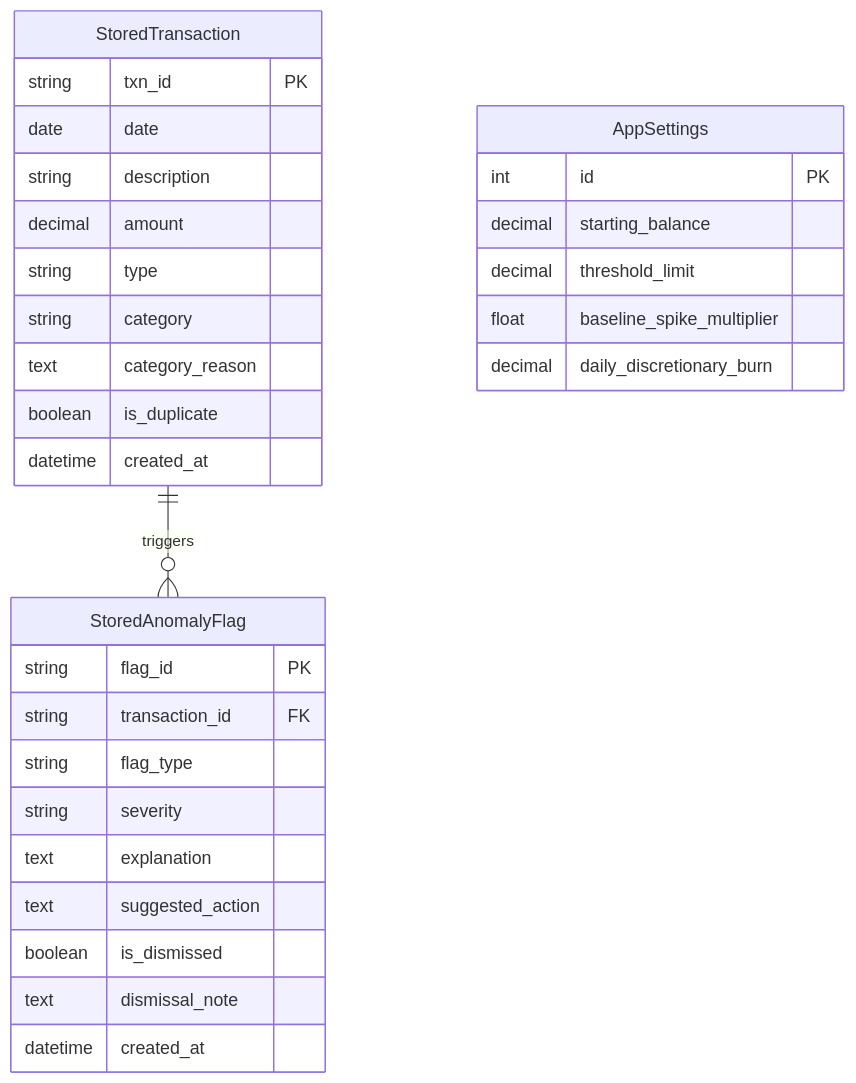
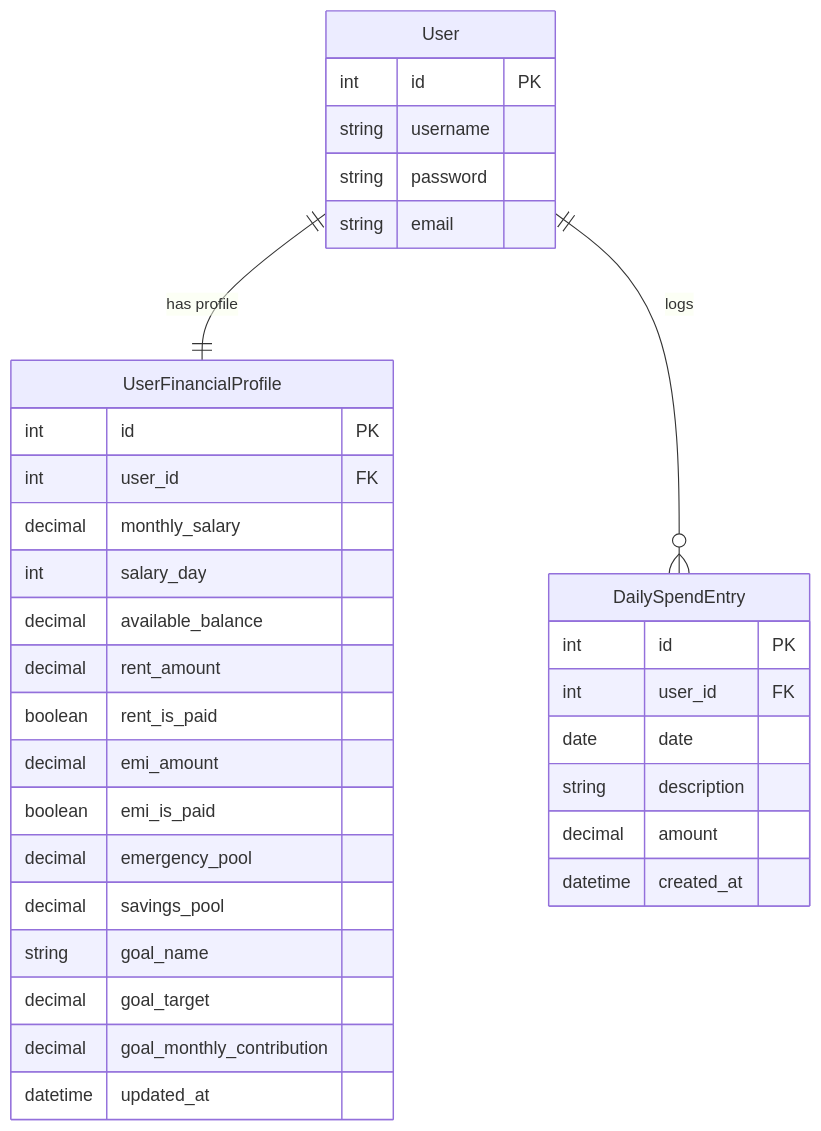
Before and after one commit to lifecodesync/finsentry: the diagram in PROJECT_DOSSIER.md, drawn with Mermaid. The commit also changed other lines of this file and 13 other files, not shown here.

Commit message:
feat: complete Safe-To-Spend (STS) web app with auth, Livia formula, and 18 passing tests

````diff
--- a/PROJECT_DOSSIER.md
+++ b/PROJECT_DOSSIER.md
@@ -97,33 +86,39 @@
 ```mermaid
 erDiagram
-    StoredTransaction ||--o{ StoredAnomalyFlag : "triggers"
-    StoredTransaction {
-        string txn_id PK
+    User ||--|| UserFinancialProfile : "has profile"
+    User ||--o{ DailySpendEntry : "logs"
+
+    User {
+        int id PK
+        string username
+        string password
+        string email
+    }
+
+    UserFinancialProfile {
+        int id PK
+        int user_id FK
+        decimal monthly_salary
+        int salary_day
+        decimal available_balance
+        decimal rent_amount
+        boolean rent_is_paid
+        decimal emi_amount
+        boolean emi_is_paid
+        decimal emergency_pool
+        decimal savings_pool
+        string goal_name
+        decimal goal_target
+        decimal goal_monthly_contribution
+        datetime updated_at
+    }
+
+    DailySpendEntry {
+        int id PK
+        int user_id FK
         date date
         string description
         decimal amount
-        string type
-        string category
-        text category_reason
-        boolean is_duplicate
         datetime created_at
     }
-    StoredAnomalyFlag {
-        string flag_id PK
-        string transaction_id FK
-        string flag_type
-        string severity
-        text explanation
-        text suggested_action
-        boolean is_dismissed
-        text dismissal_note
-        datetime created_at
-    }
-    AppSettings {
-        int id PK
-        decimal starting_balance
-        decimal threshold_limit
-        float baseline_spike_multiplier
-        decimal daily_discretionary_burn
-    }
 ```
````
